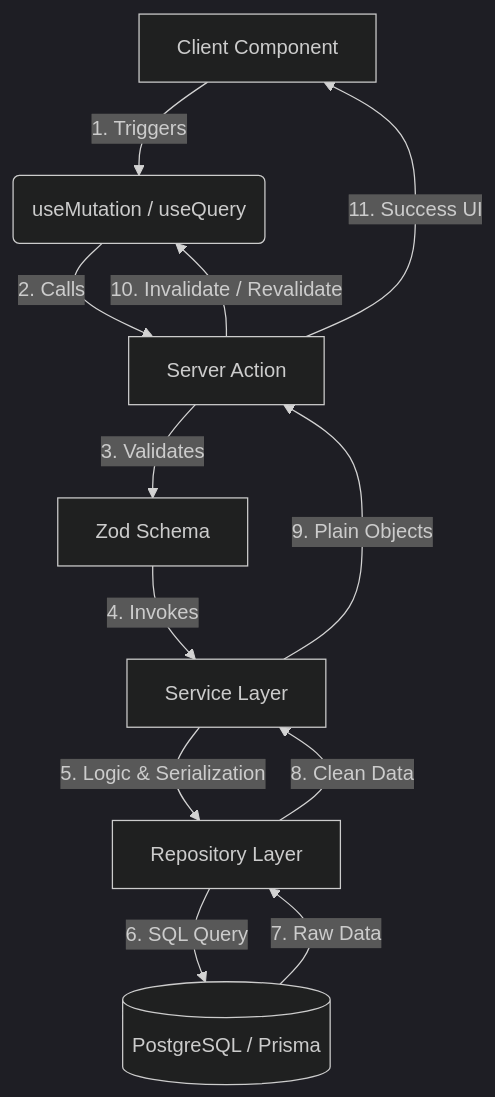
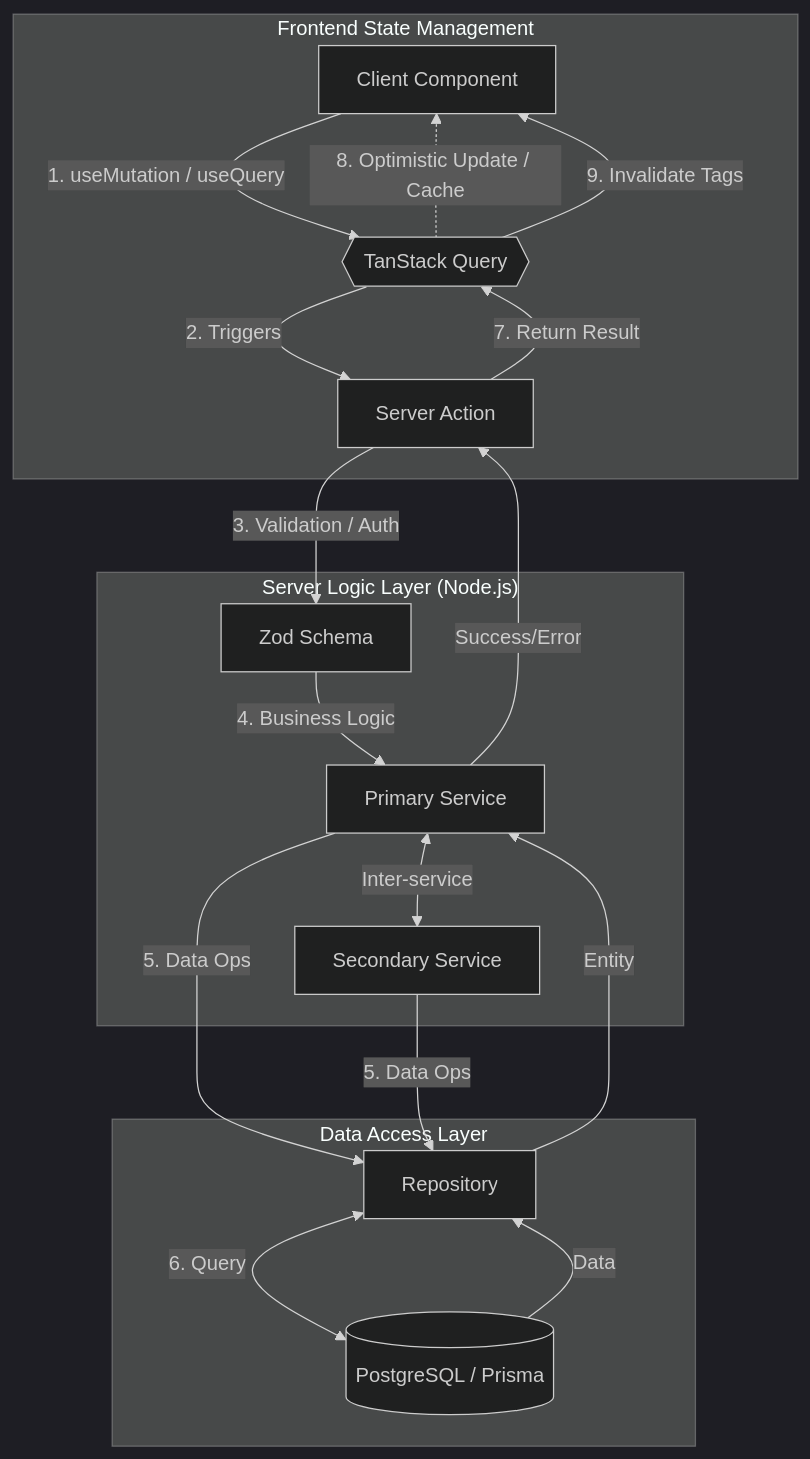
The diagram in README.md (NinjaStackX/HQ_Store), drawn with Mermaid (dark theme) before and after one commit.

Commit message:
Update data synchronization flow diagram in README

````diff
--- a/README.md
+++ b/README.md
@@ -82,14 +82,27 @@
 ```mermaid
 graph TD
-    A[Client Component] -->|1. Triggers| B(useMutation / useQuery)
-    B -->|2. Calls| C[Server Action]
-    C -->|3. Validates| D[Zod Schema]
-    D -->|4. Invokes| E[Service Layer]
-    E -->|5. Logic & Serialization| F[Repository Layer]
-    F -->|6. SQL Query| G[(PostgreSQL / Prisma)]
-    G -->|7. Raw Data| F
-    F -->|8. Clean Data| E
-    E -->|9. Plain Objects| C
-    C -->|10. Invalidate / Revalidate| B
-    C -->|11. Success UI| A
+    A[Client Component] -->|1. useMutation / useQuery| B{{TanStack Query}}
+    
+    subgraph "Frontend State Management"
+        B -->|2. Triggers| C[Server Action]
+        B -.->|8. Optimistic Update / Cache| A
+    end
+
+    subgraph "Server Logic Layer (Node.js)"
+        C -->|3. Validation / Auth| D[Zod Schema]
+        D -->|4. Business Logic| E[Primary Service]
+        E <-->|Inter-service| G[Secondary Service]
+    end
+
+    subgraph "Data Access Layer"
+        E -->|5. Data Ops| H[Repository]
+        G -->|5. Data Ops| H
+        H <-->|6. Query| F[(PostgreSQL / Prisma)]
+    end
+
+    F -->|Data| H
+    H -->|Entity| E
+    E -->|Success/Error| C
+    C -->|7. Return Result| B
+    B -->|9. Invalidate Tags| A
 ```
````
